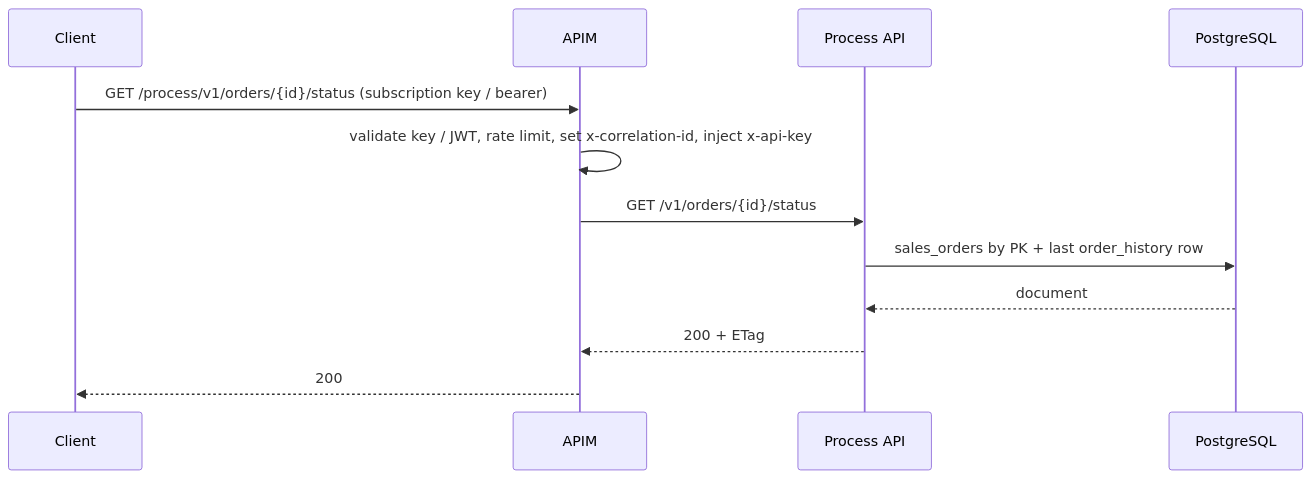
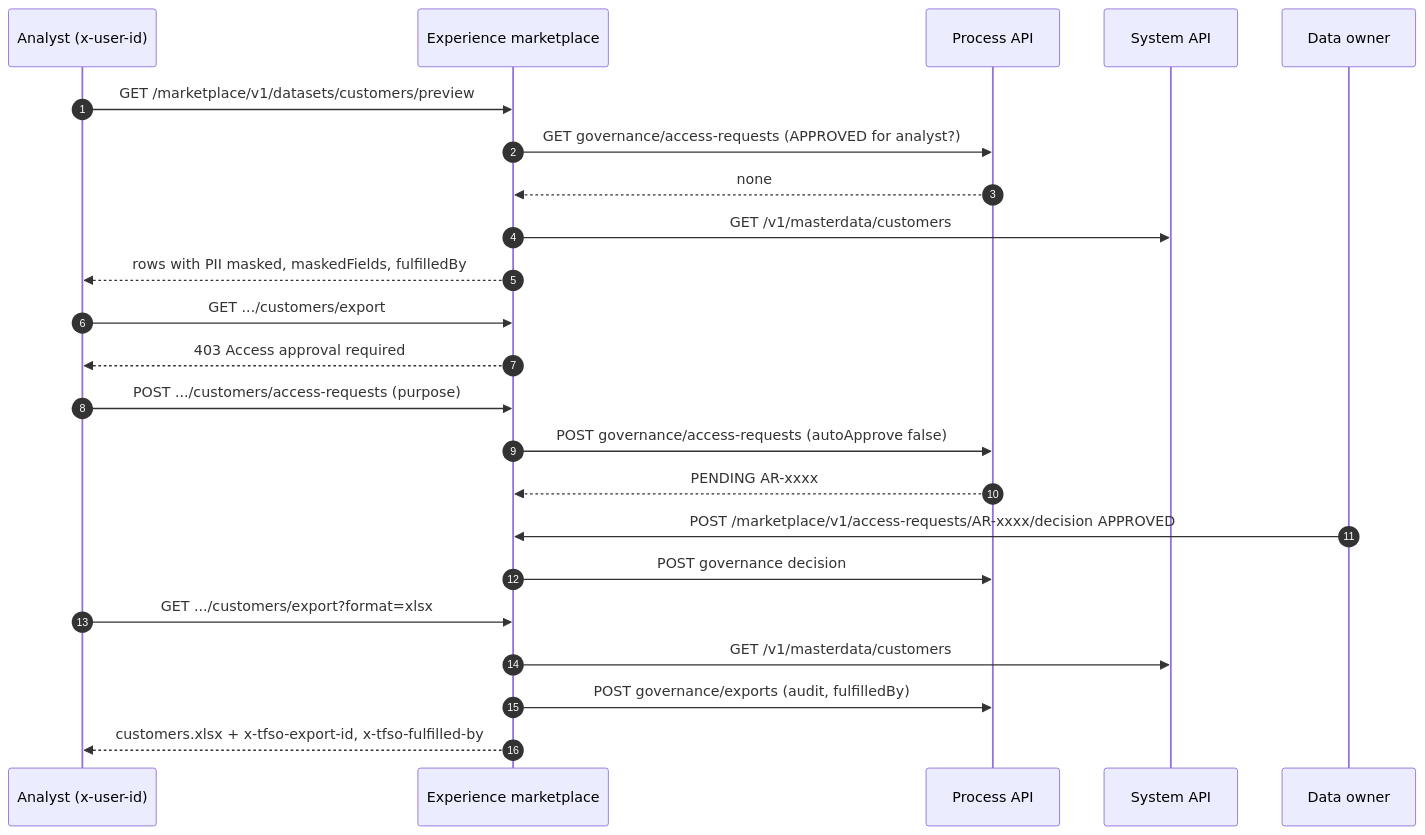
One commit to amitagrawal09/tf-data-product-so changed the eighth of 9 diagrams in docs/02-technical-design.md. Above: the diagram before and after it, drawn with Mermaid. The commit also changed other lines of this file, not shown here.

First line of the commit message:
Technical specification v2.0: regional operations, sourcing, marketplace, governance, one-click Azure deployment

````diff
--- a/docs/02-technical-design.md
+++ b/docs/02-technical-design.md
@@ -843,14 +1048,25 @@
 ```mermaid
 sequenceDiagram
-  participant Client
-  participant APIM
+  autonumber
+  participant A as Analyst (x-user-id)
+  participant M as Experience marketplace
   participant P as Process API
-  participant DB as PostgreSQL
-  Client->>APIM: GET /process/v1/orders/{id}/status (subscription key / bearer)
-  APIM->>APIM: validate key / JWT, rate limit, set x-correlation-id, inject x-api-key
-  APIM->>P: GET /v1/orders/{id}/status
-  P->>DB: sales_orders by PK + last order_history row
-  DB-->>P: document
-  P-->>APIM: 200 + ETag
-  APIM-->>Client: 200
+  participant S as System API
+  participant O as Data owner
+  A->>M: GET /marketplace/v1/datasets/customers/preview
+  M->>P: GET governance/access-requests (APPROVED for analyst?)
+  P-->>M: none
+  M->>S: GET /v1/masterdata/customers
+  M-->>A: rows with PII masked, maskedFields, fulfilledBy
+  A->>M: GET .../customers/export
+  M-->>A: 403 Access approval required
+  A->>M: POST .../customers/access-requests (purpose)
+  M->>P: POST governance/access-requests (autoApprove false)
+  P-->>M: PENDING AR-xxxx
+  O->>M: POST /marketplace/v1/access-requests/AR-xxxx/decision APPROVED
+  M->>P: POST governance decision
+  A->>M: GET .../customers/export?format=xlsx
+  M->>S: GET /v1/masterdata/customers
+  M->>P: POST governance/exports (audit, fulfilledBy)
+  M-->>A: customers.xlsx + x-tfso-export-id, x-tfso-fulfilled-by
 ```
````
